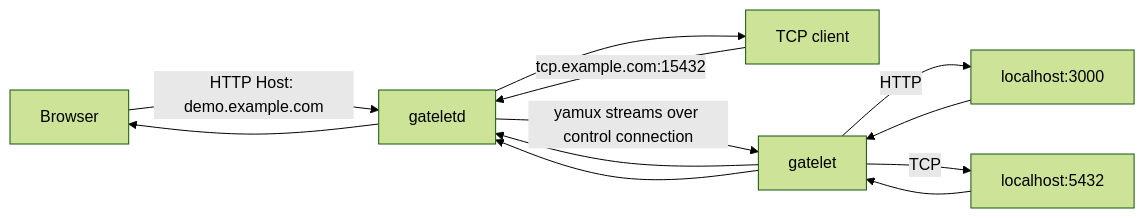
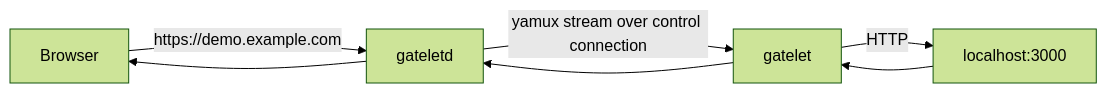
Before and after one commit to alex-oleshkevich/gatelet: the diagram in README.md, drawn with Mermaid (forest theme). The commit also changed other lines of this file and 21 other files, not shown here.

````diff
--- a/README.md
+++ b/README.md
@@ -12,10 +14,7 @@
 ```mermaid
 flowchart LR
-    Browser[Browser] -->|HTTP Host: demo.example.com| Relay[gateletd]
-    TCPClient[TCP client] -->|tcp.example.com:15432| Relay
-    Relay -->|yamux streams over control connection| Client[gatelet]
-    Client -->|HTTP| WebLocal[localhost:3000]
-    Client -->|TCP| TCPLocal[localhost:5432]
-    WebLocal --> Client --> Relay --> Browser
-    TCPLocal --> Client --> Relay --> TCPClient
+    Browser[Browser] -->|https://demo.example.com| Relay[gateletd]
+    Relay -->|yamux stream over control connection| Client[gatelet]
+    Client -->|HTTP| Local[localhost:3000]
+    Local --> Client --> Relay --> Browser
 ```
````
